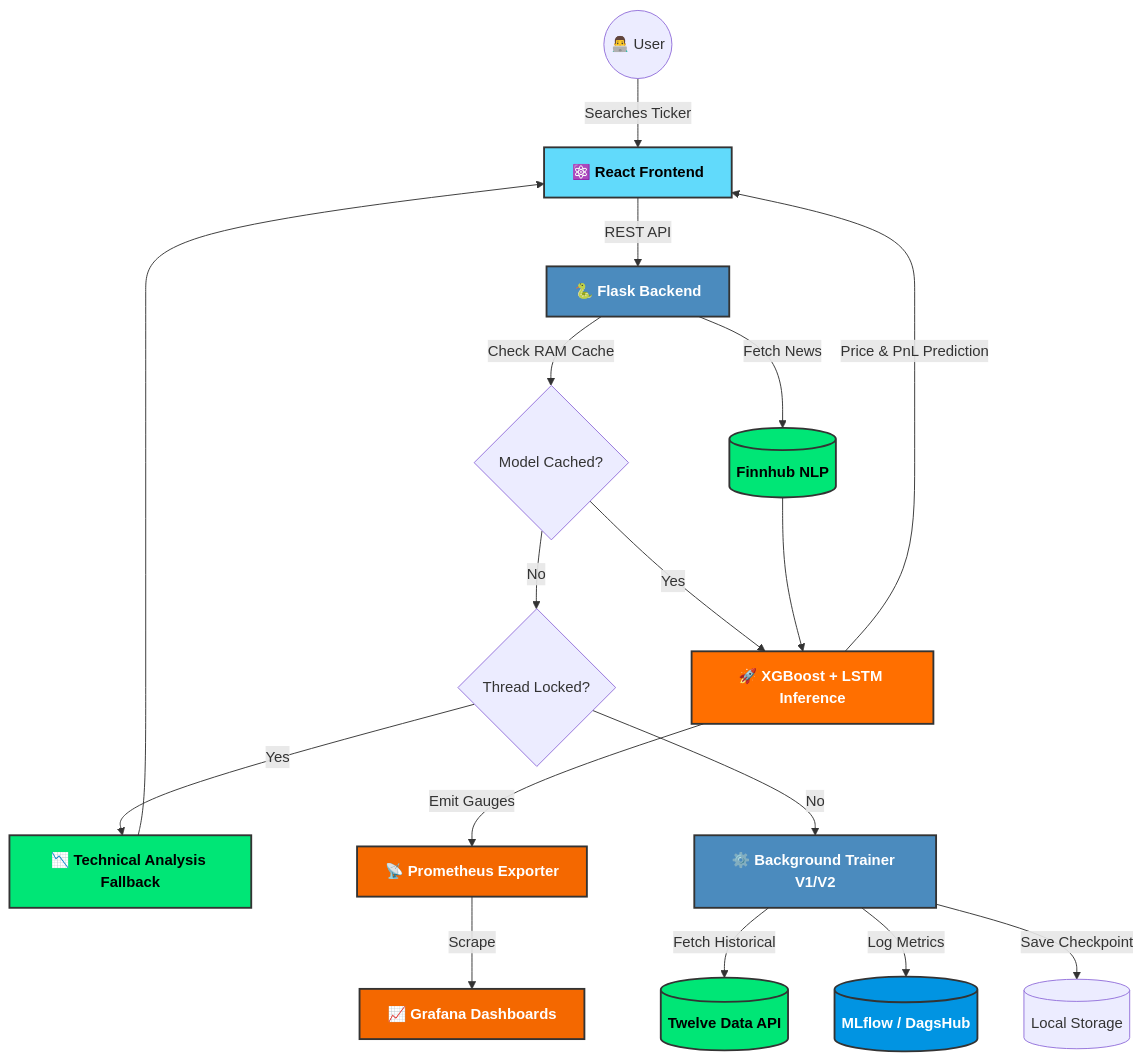
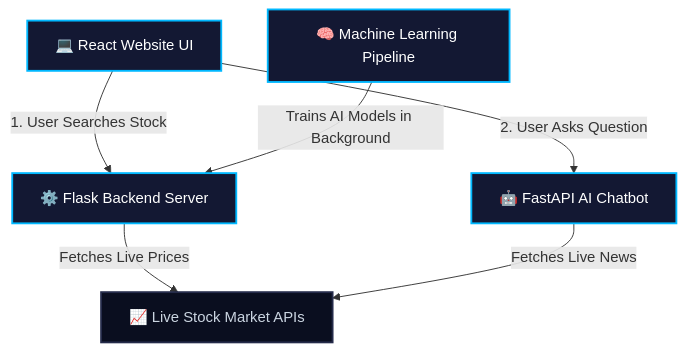
One commit to Naveenkumar-2007/Ai-stocks changed the first of 2 diagrams in README.md. Above: the diagram before and after it, drawn with Mermaid. The commit also changed other lines of this file and 2 other files, not shown here.

Commit message:
docs: add clean architecture diagram to README and update stock API

````diff
--- a/README.md
+++ b/README.md
@@ -65,46 +69,26 @@
 ```mermaid
 graph TD
-    %% Advanced Styling
-    classDef frontend fill:#61DAFB,stroke:#333,stroke-width:2px,color:black,font-weight:bold;
-    classDef backend fill:#4B8BBE,stroke:#333,stroke-width:2px,color:white,font-weight:bold;
-    classDef inference fill:#FF6F00,stroke:#333,stroke-width:2px,color:white,font-weight:bold;
-    classDef registry fill:#0194E2,stroke:#333,stroke-width:2px,color:white,font-weight:bold;
-    classDef monitor fill:#F46800,stroke:#333,stroke-width:2px,color:white,font-weight:bold;
-    classDef data fill:#00E676,stroke:#333,stroke-width:2px,color:black,font-weight:bold;
+    %% Styling Colors
+    classDef frontend fill:#131833,stroke:#00B8FF,stroke-width:2px,color:#fff;
+    classDef backend fill:#131833,stroke:#00B8FF,stroke-width:2px,color:#fff;
+    classDef mlops fill:#131833,stroke:#00B8FF,stroke-width:2px,color:#fff;
+    classDef external fill:#0A0E1F,stroke:#252B4A,stroke-width:2px,color:#cbd5e1;
 
-    %% User Flow
-    User((👨‍💻 User)) -->|Searches Ticker| UI[⚛️ React Frontend]
-    UI:::frontend -->|REST API| API[🐍 Flask Backend]
+    %% The 4 Main Parts of Your System
+    A[💻 React Website UI]:::frontend
+    B[⚙️ Flask Backend Server]:::backend
+    C[🤖 FastAPI AI Chatbot]:::backend
+    D[🧠 Machine Learning Pipeline]:::mlops
     
-    %% API Logic
-    API:::backend -->|Check RAM Cache| Cache{Model Cached?}
+    %% External Data
+    E[📈 Live Stock Market APIs]:::external
+
+    %% How they connect
+    A -->|1. User Searches Stock| B
+    A -->|2. User Asks Question| C
     
-    %% Inference Flow
-    Cache -- Yes --> Inference[🚀 XGBoost + LSTM Inference]
-    Cache -- No --> Lock{Thread Locked?}
+    B -->|Fetches Live Prices| E
+    C -->|Fetches Live News| E
     
-    Lock -- Yes --> TA[📉 Technical Analysis Fallback]
-    Lock -- No --> Training[⚙️ Background Trainer V1/V2]
-    
-    %% Training Pipeline
-    Training:::backend -->|Fetch Historical| TwelveData[(Twelve Data API)]
-    Training -->|Log Metrics| Registry[(MLflow / DagsHub)]
-    Training -->|Save Checkpoint| Disk[(Local Storage)]
-    
-    %% Observability
-    Inference:::inference -->|Emit Gauges| Prometheus[📡 Prometheus Exporter]
-    Prometheus:::monitor -->|Scrape| Grafana[📈 Grafana Dashboards]
-    
-    %% Sentiment
-    API -->|Fetch News| Finnhub[(Finnhub NLP)]
-    Finnhub:::data --> Inference
-    
-    %% Output
-    TA:::data --> UI
-    Inference -->|Price & PnL Prediction| UI
-    
-    %% Apply loose classes
-    Registry:::registry
-    Grafana:::monitor
-    TwelveData:::data
+    D -->|Trains AI Models in Background| B
 ```
````
